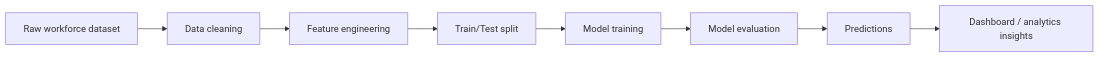
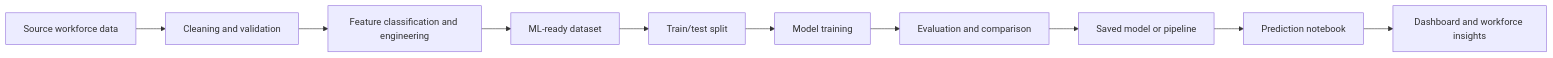
The diagram in ML/README.md (sanjay-22-bhargav/Creation-of-Workforce-Insights-Dashboard-for-Employee-Skill-and-Analytics), drawn with Mermaid before and after one commit. The commit also changed other lines of this file, not shown here.

````diff
--- a/ML/README.md
+++ b/ML/README.md
@@ -57,10 +21,12 @@
 ```mermaid
 flowchart LR
-    A[Raw workforce dataset] --> B[Data cleaning]
-    B --> C[Feature engineering]
-    C --> D[Train/Test split]
-    D --> E[Model training]
-    E --> F[Model evaluation]
-    F --> G[Predictions]
-    G --> H[Dashboard / analytics insights]
+    A[Source workforce data] --> B[Cleaning and validation]
+    B --> C[Feature classification and engineering]
+    C --> D[ML-ready dataset]
+    D --> E[Train/test split]
+    E --> F[Model training]
+    F --> G[Evaluation and comparison]
+    G --> H[Saved model or pipeline]
+    H --> I[Prediction notebook]
+    I --> J[Dashboard and workforce insights]
 ```
````
